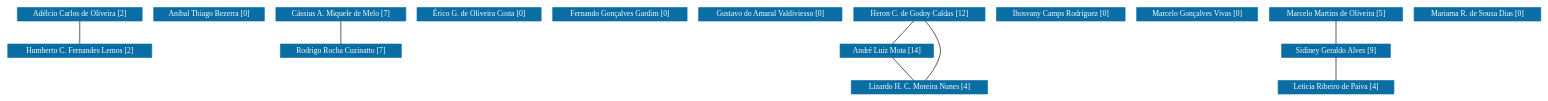
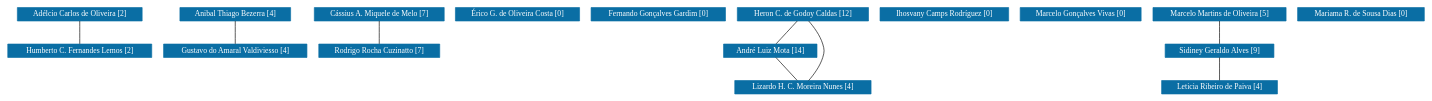
Before and after one commit to icamps/unifal-lattes.github.io: the diagram in PPGF/grafoDeColaboracoesSemPesos.dot, drawn with Graphviz. The commit also changed 833 other files, not shown here.

```diff
--- a/PPGF/grafoDeColaboracoesSemPesos.dot
+++ b/PPGF/grafoDeColaboracoesSemPesos.dot
@@ -1,137 +1,138 @@
 strict graph grafo1 {
-	graph [bb="0,0,1991.5,135",
+	graph [bb="0,0,1836.5,135",
 		id=grafo1,
 		overlap=False
 	];
 	node [fontsize=12,
 		label="\N",
 		shape=rectangle,
 		style=filled
 	];
 	0	 [URL="membro-0487113229071944.html",
 		color="#0A6EA4",
 		fontcolor="#FFFFFF",
 		height=0.29167,
 		label="Adélcio Carlos de Oliveira [2]",
 		pos="92,124.5",
 		width=2.1944];
 	7	 [URL="membro-8374281747074655.html",
 		color="#0A6EA4",
 		fontcolor="#FFFFFF",
 		height=0.29167,
 		label="Humberto C. Fernandes Lemos [2]",
 		pos="92,67.5",
 		width=2.5556];
 	0 -- 7	 [pos="92,113.78 92,103.59 92,88.348 92,78.173"];
 	1	 [URL="membro-8478305453281130.html",
 		color="#0A6EA4",
 		fontcolor="#FFFFFF",
 		height=0.29167,
-		label="Anibal Thiago Bezerra [0]",
-		pos="261,124.5",
+		label="Anibal Thiago Bezerra [4]",
+		pos="294,124.5",
 		width=1.9861];
+	5	 [URL="membro-4023778019418442.html",
+		color="#0A6EA4",
+		fontcolor="#FFFFFF",
+		height=0.29167,
+		label="Gustavo do Amaral Valdiviesso [4]",
+		pos="294,67.5",
+		width=2.5417];
+	1 -- 5	 [pos="294,113.78 294,103.59 294,88.348 294,78.173"];
 	2	 [URL="membro-4002033080997386.html",
 		color="#0A6EA4",
 		fontcolor="#FFFFFF",
 		height=0.29167,
 		label="Cássius A. Miquele de Melo [7]",
-		pos="434,124.5",
+		pos="481,124.5",
 		width=2.3194];
 	11	 [URL="membro-8073303573679522.html",
 		color="#0A6EA4",
 		fontcolor="#FFFFFF",
 		height=0.29167,
 		label="Rodrigo Rocha Cuzinatto [7]",
-		pos="434,67.5",
+		pos="481,67.5",
 		width=2.1389];
-	2 -- 11	 [pos="434,113.78 434,103.59 434,88.348 434,78.173"];
+	2 -- 11	 [pos="481,113.78 481,103.59 481,88.348 481,78.173"];
 	3	 [URL="membro-4937965723746020.html",
 		color="#0A6EA4",
 		fontcolor="#FFFFFF",
 		height=0.29167,
 		label="Érico G. de Oliveira Costa [0]",
-		pos="616,124.5",
+		pos="663,124.5",
 		width=2.2222];
 	4	 [URL="membro-2425549033248106.html",
 		color="#0A6EA4",
 		fontcolor="#FFFFFF",
 		height=0.29167,
 		label="Fernando Gonçalves Gardim [0]",
-		pos="799,124.5",
+		pos="846,124.5",
 		width=2.3611];
-	5	 [URL="membro-4023778019418442.html",
-		color="#0A6EA4",
-		fontcolor="#FFFFFF",
-		height=0.29167,
-		label="Gustavo do Amaral Valdiviesso [0]",
-		pos="994,124.5",
-		width=2.5417];
 	6	 [URL="membro-1373657423991547.html",
 		color="#0A6EA4",
 		fontcolor="#FFFFFF",
 		height=0.29167,
 		label="Heron C. de Godoy Caldas [12]",
-		pos="1188,124.5",
+		pos="1033,124.5",
 		width=2.3333];
 	13	 [URL="membro-8453016139576761.html",
 		color="#0A6EA4",
 		fontcolor="#FFFFFF",
 		height=0.29167,
 		label="André Luiz Mota [14]",
-		pos="1143,67.5",
+		pos="988,67.5",
 		width=1.6944];
-	6 -- 13	 [pos="1179.5,113.78 1171.5,103.59 1159.5,88.348 1151.4,78.173"];
+	6 -- 13	 [pos="1024.5,113.78 1016.5,103.59 1004.5,88.348 996.43,78.173"];
 	15	 [URL="membro-9320579515635433.html",
 		color="#0A6EA4",
 		fontcolor="#FFFFFF",
 		height=0.29167,
 		label="Lizardo H. C. Moreira Nunes [4]",
-		pos="1188,10.5",
+		pos="1033,10.5",
 		width=2.4028];
-	6 -- 15	 [pos="1195.8,113.68 1201.8,104.64 1209.7,91.155 1213,78 1218.2,57.399 1205.5,34.392 1196.3,21.26"];
-	13 -- 15	 [pos="1151.5,56.779 1159.5,46.588 1171.5,31.348 1179.6,21.173"];
+	6 -- 15	 [pos="1040.8,113.68 1046.8,104.64 1054.7,91.155 1058,78 1063.2,57.399 1050.5,34.392 1041.3,21.26"];
+	13 -- 15	 [pos="996.46,56.779 1004.5,46.588 1016.5,31.348 1024.6,21.173"];
 	8	 [URL="membro-3732563704810366.html",
 		color="#0A6EA4",
 		fontcolor="#FFFFFF",
 		height=0.29167,
 		label="Ihosvany Camps Rodríguez [0]",
-		pos="1372,124.5",
+		pos="1217,124.5",
 		width=2.2778];
 	9	 [URL="membro-1312049227898761.html",
 		color="#0A6EA4",
 		fontcolor="#FFFFFF",
 		height=0.29167,
 		label="Marcelo Gonçalves Vivas [0]",
-		pos="1550,124.5",
+		pos="1395,124.5",
 		width=2.1528];
 	10	 [URL="membro-2091568617999217.html",
 		color="#0A6EA4",
 		fontcolor="#FFFFFF",
 		height=0.29167,
 		label="Marcelo Martins de Oliveira [5]",
-		pos="1729,124.5",
+		pos="1574,124.5",
 		width=2.3194];
 	12	 [URL="membro-4536440727635518.html",
 		color="#0A6EA4",
 		fontcolor="#FFFFFF",
 		height=0.29167,
 		label="Sidiney Geraldo Alves [9]",
-		pos="1729,67.5",
+		pos="1574,67.5",
 		width=1.9444];
-	10 -- 12	 [pos="1729,113.78 1729,103.59 1729,88.348 1729,78.173"];
+	10 -- 12	 [pos="1574,113.78 1574,103.59 1574,88.348 1574,78.173"];
 	14	 [URL="membro-9428416479663144.html",
 		color="#0A6EA4",
 		fontcolor="#FFFFFF",
 		height=0.29167,
 		label="Leticia Ribeiro de Paiva [4]",
-		pos="1729,10.5",
+		pos="1574,10.5",
 		width=2.0417];
-	12 -- 14	 [pos="1729,56.779 1729,46.588 1729,31.348 1729,21.173"];
+	12 -- 14	 [pos="1574,56.779 1574,46.588 1574,31.348 1574,21.173"];
 	16	 [URL="membro-9972552337847809.html",
 		color="#0A6EA4",
 		fontcolor="#FFFFFF",
 		height=0.29167,
 		label="Mariama R. de Sousa Dias [0]",
-		pos="1911,124.5",
+		pos="1756,124.5",
 		width=2.2361];
 }
```
